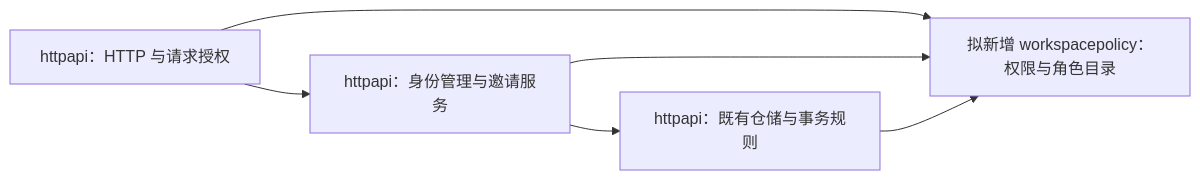
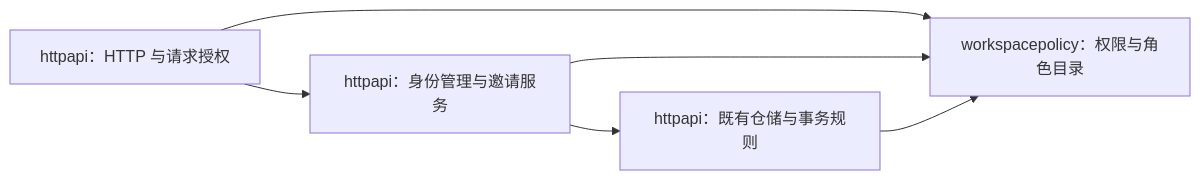
One commit to laugh0608/RadishMind changed the diagram in docs/platform/engineering-health-productization-remediation-v1.md. Above: the diagram before and after it, drawn with Mermaid. The commit also changed other lines of this file and 48 other files, not shown here.

````diff
--- a/docs/platform/engineering-health-productization-remediation-v1.md
+++ b/docs/platform/engineering-health-productization-remediation-v1.md
@@ -96,8 +96,8 @@
 ```mermaid
 flowchart LR
-  H["httpapi：HTTP 与请求授权"] --> P["拟新增 workspacepolicy：权限与角色目录"]
+  H["httpapi：HTTP 与请求授权"] --> P["workspacepolicy：权限与角色目录"]
   S["httpapi：身份管理与邀请服务"] --> P
   R["httpapi：既有仓储与事务规则"] --> P
   H --> S
   S --> R
 ```
````
